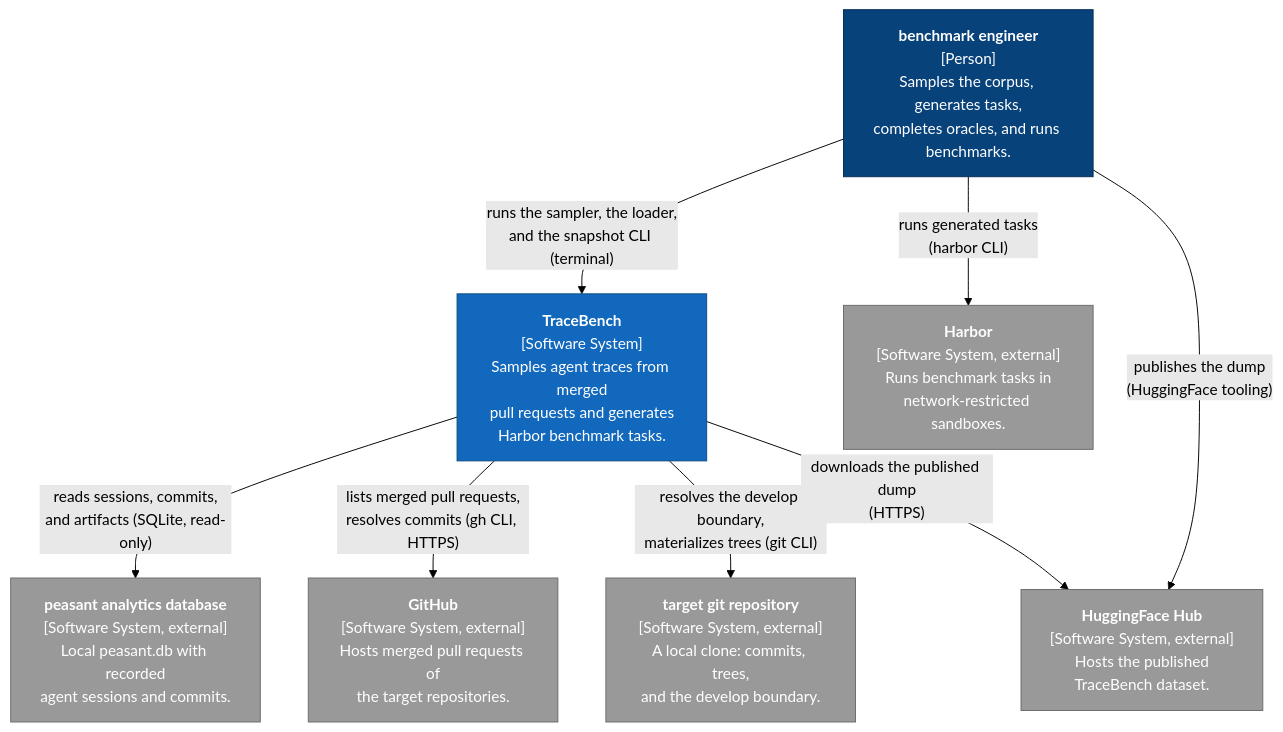
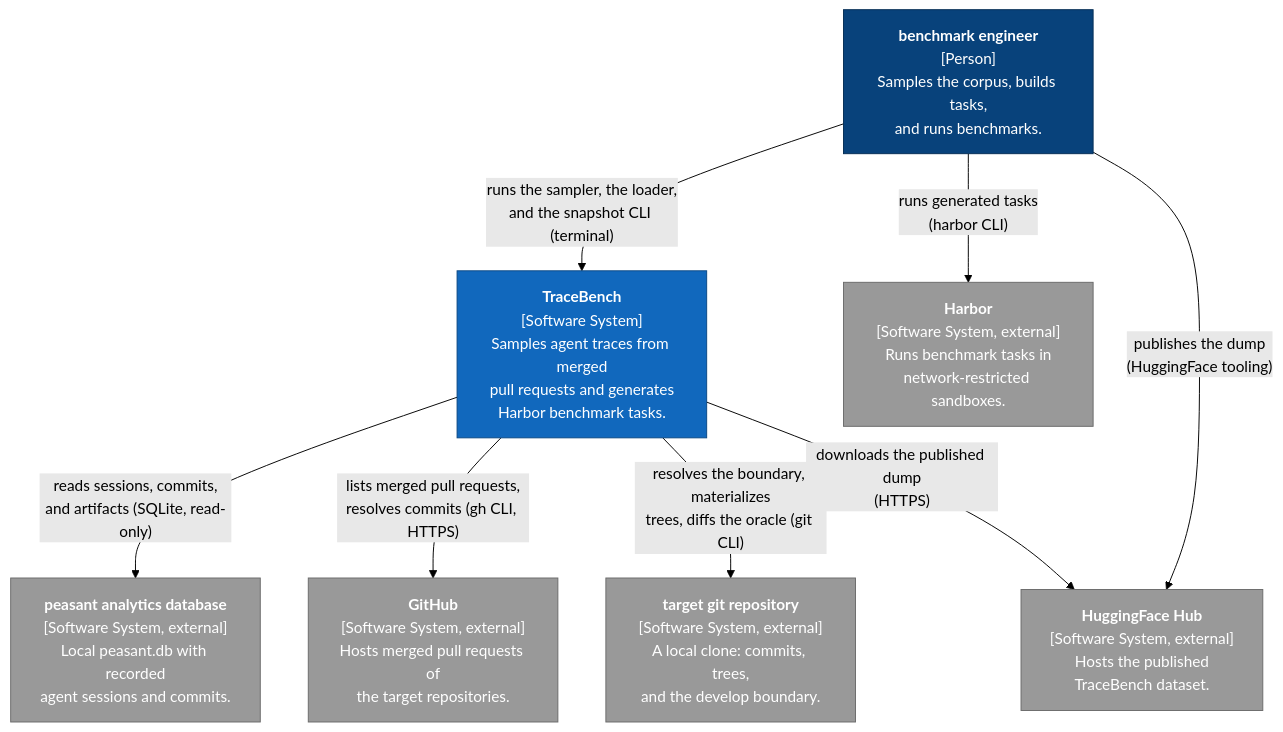
Before and after one commit to dayvidpham/TraceBench: the first of 15 diagrams in docs/architecture.md, drawn with Mermaid (forest theme). The commit also changed other lines of this file, not shown here.

Commit message:
docs: add the task pipeline, oracle, worktree, verifier, and job config to the architecture views

````diff
--- a/docs/architecture.md
+++ b/docs/architecture.md
@@ -62,24 +62,24 @@
 ```mermaid
 flowchart TB
-  dev["<b>benchmark engineer</b><br/>[Person]<br/>Samples the corpus, generates tasks,<br/>completes oracles, and runs benchmarks."]:::person
+  dev["<b>benchmark engineer</b><br/>[Person]<br/>Samples the corpus, builds tasks,<br/>and runs benchmarks."]:::person
   tb["<b>TraceBench</b><br/>[Software System]<br/>Samples agent traces from merged<br/>pull requests and generates<br/>Harbor benchmark tasks."]:::system
   db["<b>peasant analytics database</b><br/>[Software System, external]<br/>Local peasant.db with recorded<br/>agent sessions and commits."]:::external
   gh["<b>GitHub</b><br/>[Software System, external]<br/>Hosts merged pull requests of<br/>the target repositories."]:::external
   git["<b>target git repository</b><br/>[Software System, external]<br/>A local clone: commits, trees,<br/>and the develop boundary."]:::external
   hf["<b>HuggingFace Hub</b><br/>[Software System, external]<br/>Hosts the published<br/>TraceBench dataset."]:::external
   harbor["<b>Harbor</b><br/>[Software System, external]<br/>Runs benchmark tasks in<br/>network-restricted sandboxes."]:::external
 
   dev -->|"runs the sampler, the loader,<br/>and the snapshot CLI (terminal)"| tb
   dev -->|"runs generated tasks<br/>(harbor CLI)"| harbor
   dev -->|"publishes the dump<br/>(HuggingFace tooling)"| hf
   tb -->|"reads sessions, commits,<br/>and artifacts (SQLite, read-only)"| db
   tb -->|"lists merged pull requests,<br/>resolves commits (gh CLI, HTTPS)"| gh
-  tb -->|"resolves the develop boundary,<br/>materializes trees (git CLI)"| git
+  tb -->|"resolves the boundary, materializes<br/>trees, diffs the oracle (git CLI)"| git
   tb -->|"downloads the published dump<br/>(HTTPS)"| hf
 
   classDef person fill:#08427b,stroke:#052e56,color:#fff
   classDef system fill:#1168bd,stroke:#0b4884,color:#fff
   classDef container fill:#438dd5,stroke:#2e6295,color:#fff
   classDef component fill:#85bbf0,stroke:#5d82a8,color:#000
   classDef external fill:#999999,stroke:#6b6b6b,color:#fff
 ```
````
